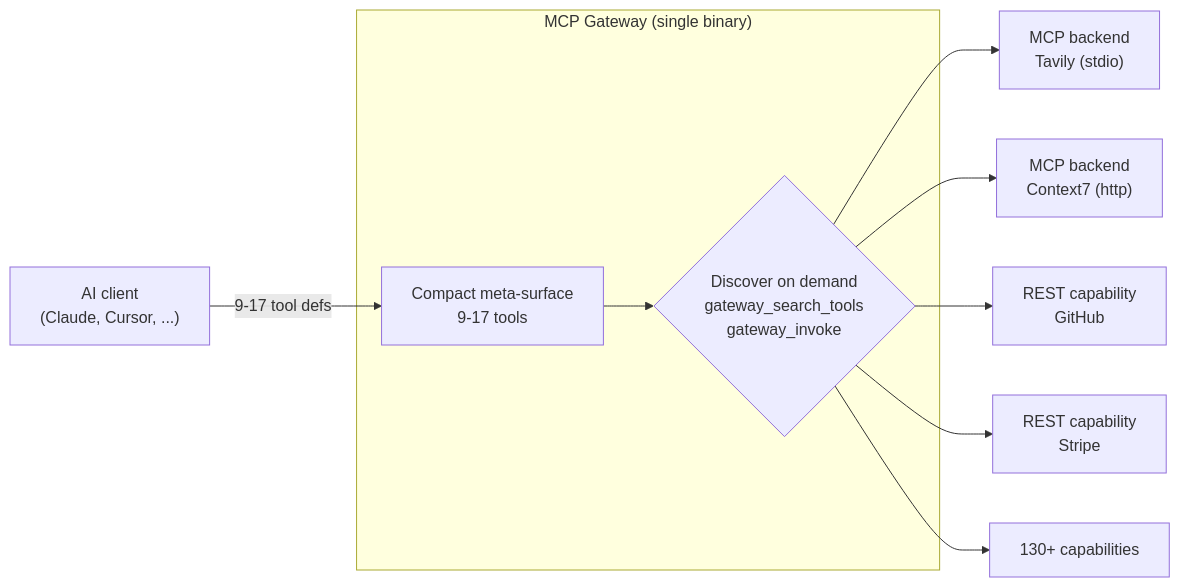
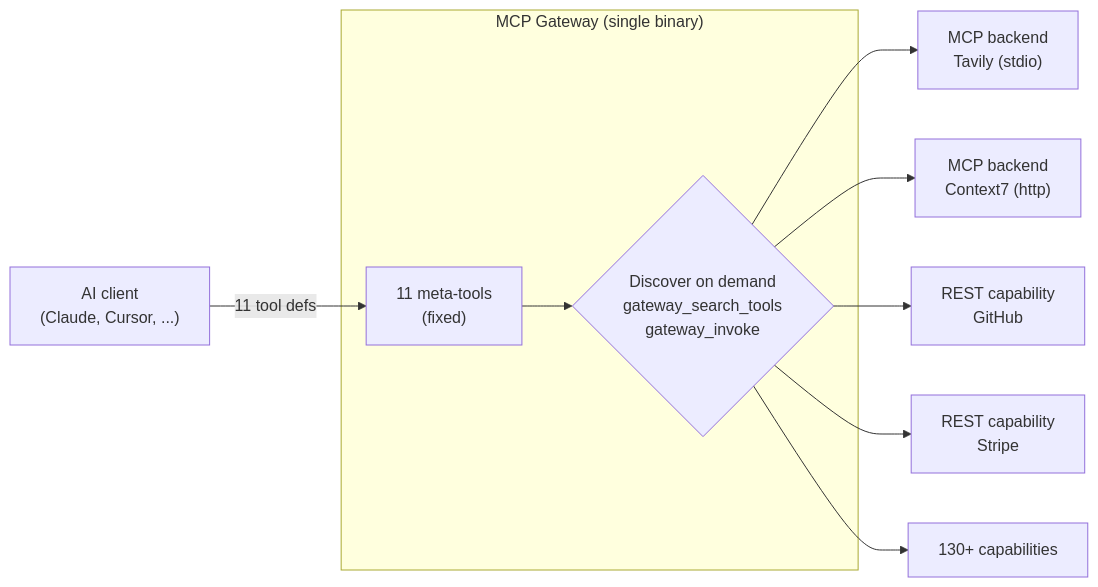
The first of 2 diagrams in README.md (MikkoParkkola/mcp-gateway), drawn with Mermaid before and after one commit. The commit also changed other lines of this file and 2 other files, not shown here.

````diff
--- a/README.md
+++ b/README.md
@@ -38,21 +32,21 @@
 ```mermaid
 flowchart LR
     AI["AI client<br/>(Claude, Cursor, ...)"]
     subgraph GW["MCP Gateway (single binary)"]
-        META["Compact meta-surface<br/>9-17 tools"]
+        META["11 meta-tools<br/>(fixed)"]
         DISC{"Discover on demand<br/>gateway_search_tools<br/>gateway_invoke"}
     end
     T1["MCP backend<br/>Tavily (stdio)"]
     T2["MCP backend<br/>Context7 (http)"]
     C1["REST capability<br/>GitHub"]
     C2["REST capability<br/>Stripe"]
     Cn["130+ capabilities"]
 
-    AI -->|"9-17 tool defs"| META
+    AI -->|"11 tool defs"| META
     META --> DISC
     DISC --> T1
     DISC --> T2
     DISC --> C1
     DISC --> C2
     DISC --> Cn
 ```
````
